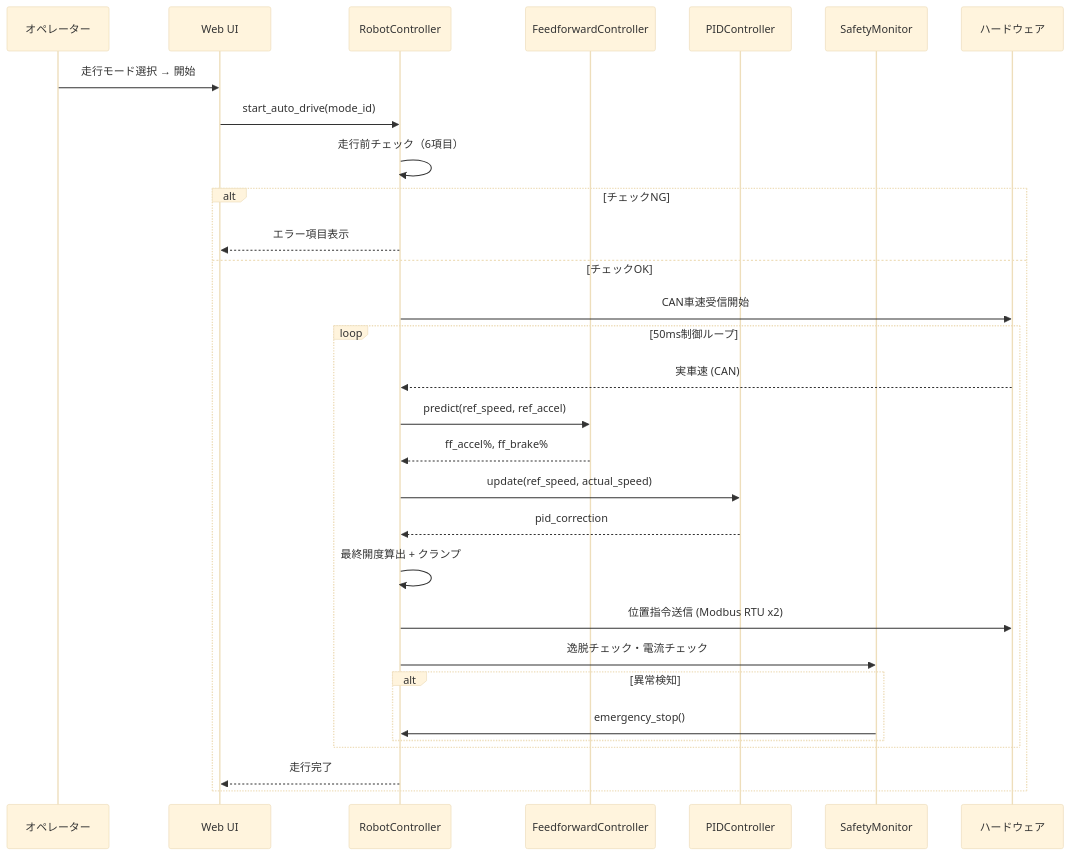
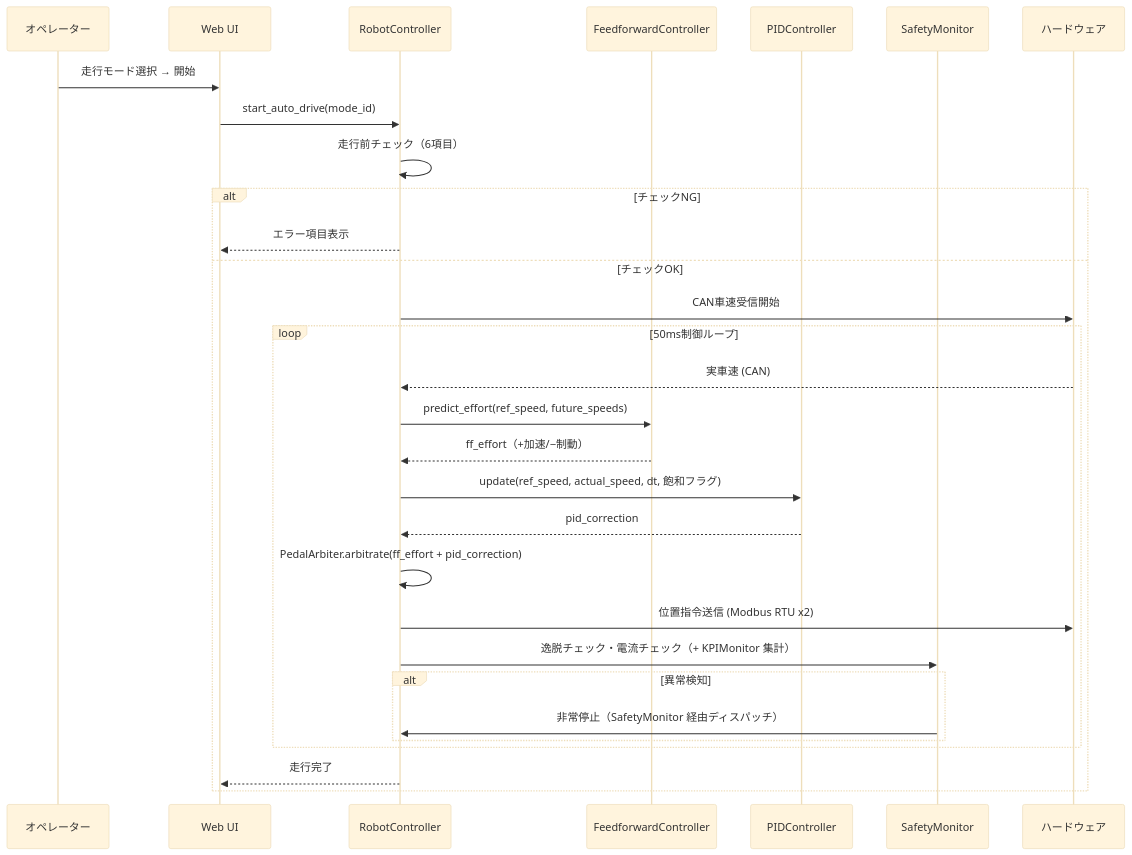
One commit to sskkusk1219/driving_robot changed the sixth of 10 diagrams in docs/functional-design.md. Above: the diagram before and after it, drawn with Mermaid (base theme). The commit also changed other lines of this file and 58 other files, not shown here.

````diff
--- a/docs/functional-design.md
+++ b/docs/functional-design.md
@@ -660,33 +718,33 @@
 ```mermaid
 sequenceDiagram
     participant Op as オペレーター
     participant UI as Web UI
     participant RC as RobotController
     participant FF as FeedforwardController
     participant PID as PIDController
     participant SM as SafetyMonitor
     participant HW as ハードウェア
 
     Op->>UI: 走行モード選択 → 開始
     UI->>RC: start_auto_drive(mode_id)
     RC->>RC: 走行前チェック（6項目）
     alt チェックNG
         RC-->>UI: エラー項目表示
     else チェックOK
         RC->>HW: CAN車速受信開始
         loop 50ms制御ループ
             HW-->>RC: 実車速 (CAN)
-            RC->>FF: predict(ref_speed, ref_accel)
-            FF-->>RC: ff_accel%, ff_brake%
-            RC->>PID: update(ref_speed, actual_speed)
+            RC->>FF: predict_effort(ref_speed, future_speeds)
+            FF-->>RC: ff_effort（+加速/−制動）
+            RC->>PID: update(ref_speed, actual_speed, dt, 飽和フラグ)
             PID-->>RC: pid_correction
-            RC->>RC: 最終開度算出 + クランプ
+            RC->>RC: PedalArbiter.arbitrate(ff_effort + pid_correction)
             RC->>HW: 位置指令送信 (Modbus RTU x2)
-            RC->>SM: 逸脱チェック・電流チェック
+            RC->>SM: 逸脱チェック・電流チェック（+ KPIMonitor 集計）
             alt 異常検知
-                SM->>RC: emergency_stop()
+                SM->>RC: 非常停止（SafetyMonitor 経由ディスパッチ）
             end
         end
         RC-->>UI: 走行完了
     end
 ```
````
